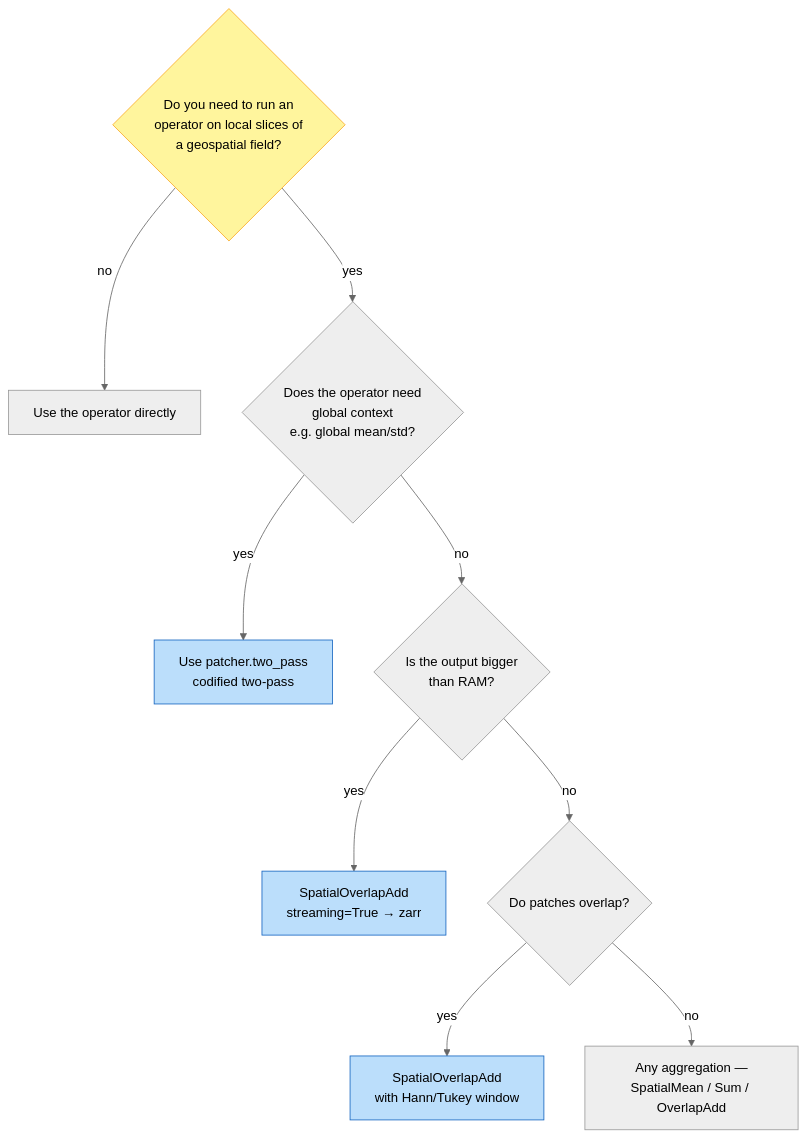
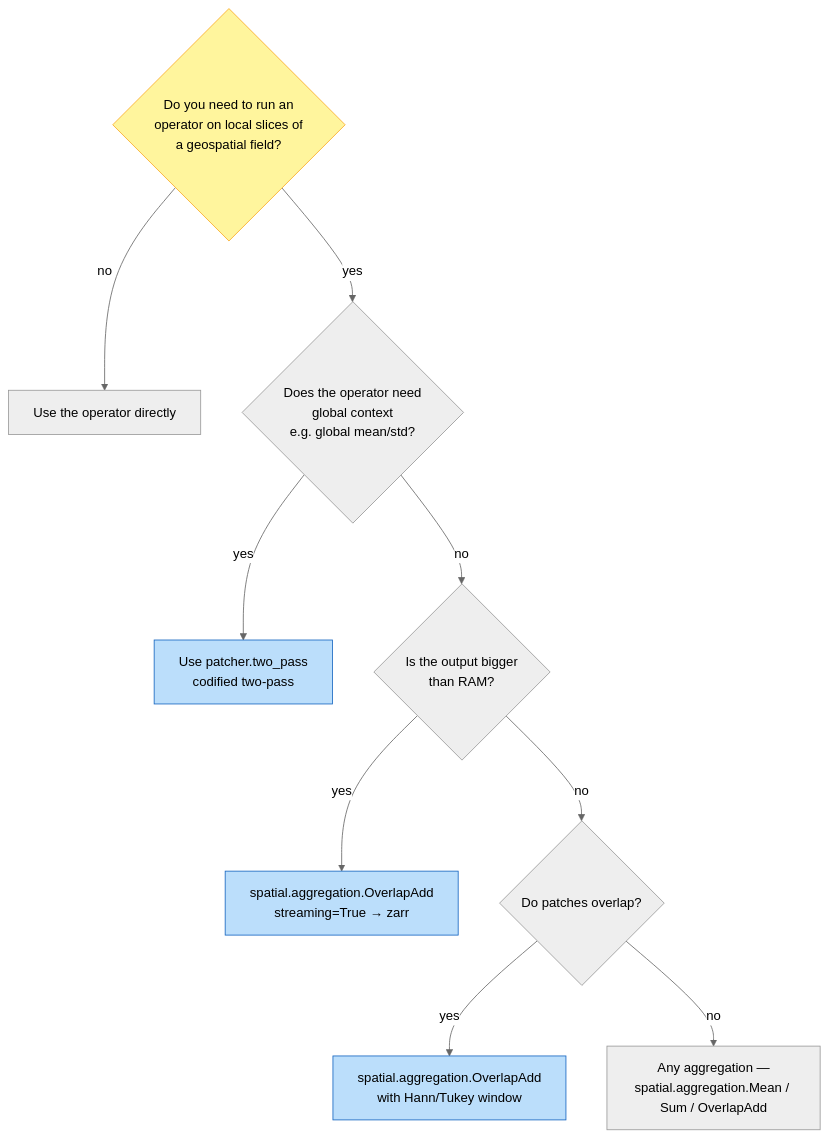
Before and after one commit to jejjohnson/geotoolz: the second of 2 diagrams in docs/patcher/index.md, drawn with Mermaid (neutral theme). The commit also changed 204 other files, not shown here.

````diff
--- a/docs/patcher/index.md
+++ b/docs/patcher/index.md
@@ -37,15 +37,15 @@
 ```mermaid
 flowchart TD
     Start{Do you need to run an<br/>operator on local slices of<br/>a geospatial field?} -->|no| Else1[Use the operator directly]
     Start -->|yes| Q1{Does the operator need<br/>global context<br/>e.g. global mean/std?}
     Q1 -->|yes| TwoPass[Use patcher.two_pass<br/>codified two-pass]
     Q1 -->|no| Q2{Is the output bigger<br/>than RAM?}
-    Q2 -->|yes| Stream[SpatialOverlapAdd<br/>streaming=True → zarr]
+    Q2 -->|yes| Stream[spatial.aggregation.OverlapAdd<br/>streaming=True → zarr]
     Q2 -->|no| Q3{Do patches overlap?}
-    Q3 -->|yes| OLA[SpatialOverlapAdd<br/>with Hann/Tukey window]
-    Q3 -->|no| Simple[Any aggregation —<br/>SpatialMean / Sum / OverlapAdd]
+    Q3 -->|yes| OLA[spatial.aggregation.OverlapAdd<br/>with Hann/Tukey window]
+    Q3 -->|no| Simple[Any aggregation —<br/>spatial.aggregation.Mean / Sum / OverlapAdd]
     style Start fill:#fff59d,stroke:#f9a825
     style Stream fill:#bbdefb,stroke:#1565c0
     style OLA fill:#bbdefb,stroke:#1565c0
     style TwoPass fill:#bbdefb,stroke:#1565c0
 ```
````
